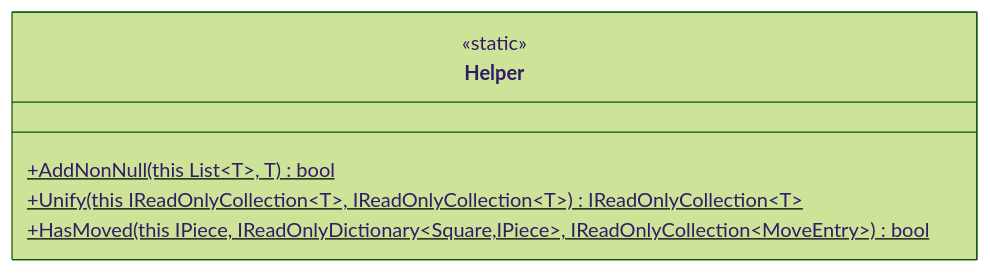
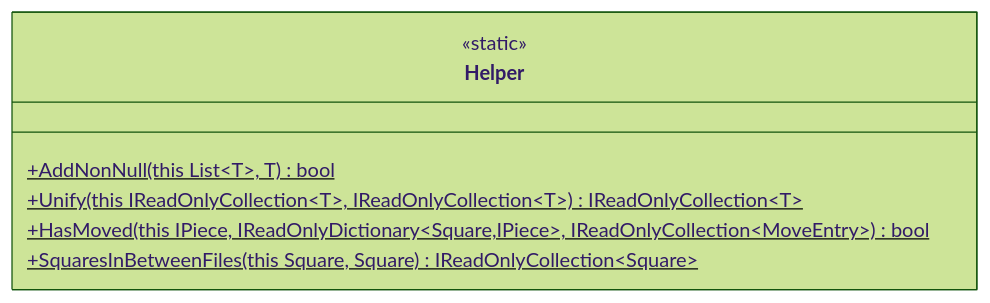
One commit to JeanLColombo/Mate changed the fifth of 7 diagrams in UML Diagram/Core/Extensions.md. Above: the diagram before and after it, drawn with Mermaid (forest theme). The commit also changed 1 other file, not shown here.

Commit message:
Updated UML's

````diff
--- a/UML Diagram/Core/Extensions.md
+++ b/UML Diagram/Core/Extensions.md
@@ -37,9 +37,10 @@
 ```mermaid
     classDiagram
     class Helper{
         <<static>>
         +AddNonNull(this List~T~, T)$ bool
         +Unify(this IReadOnlyCollection~T~, IReadOnlyCollection~T~)$ IReadOnlyCollection~T~
         +HasMoved(this IPiece, IReadOnlyDictionary~Square,IPiece~, IReadOnlyCollection~MoveEntry~)$ bool 
+        +SquaresInBetweenFiles(this Square, Square)$ IReadOnlyCollection~Square~
     }
 ```
````
